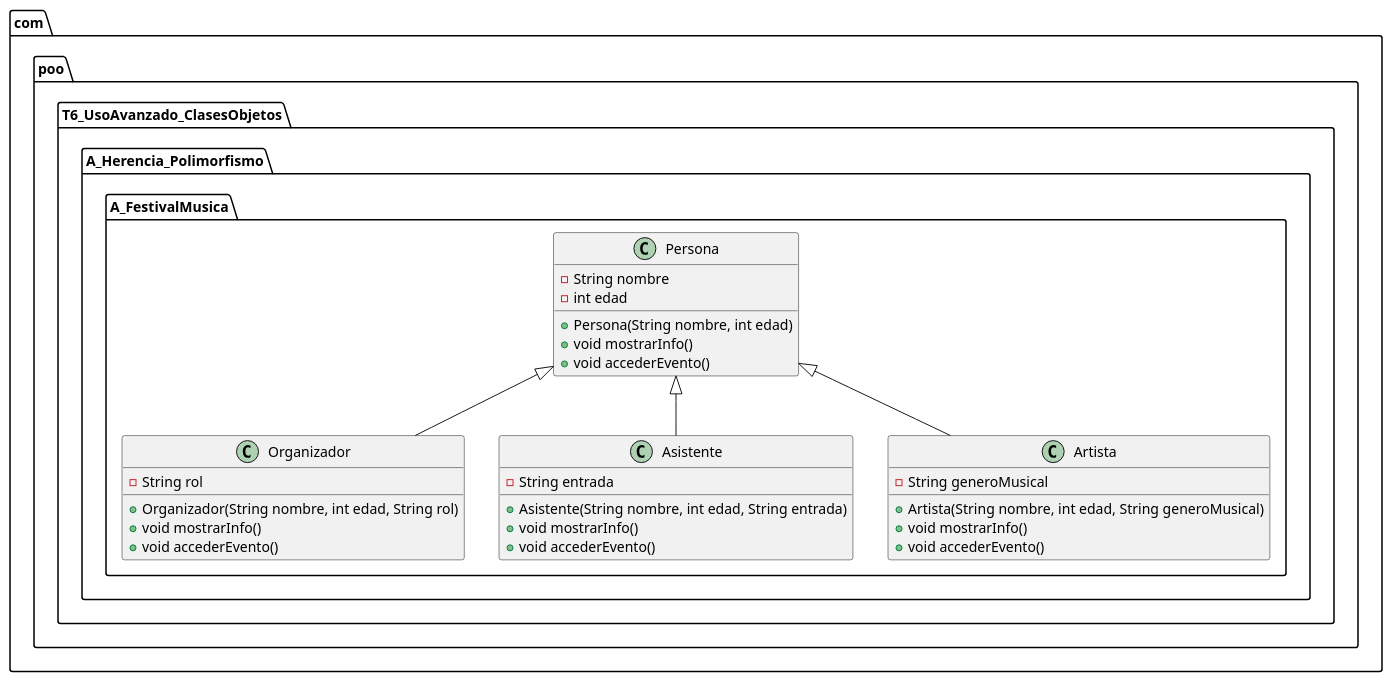
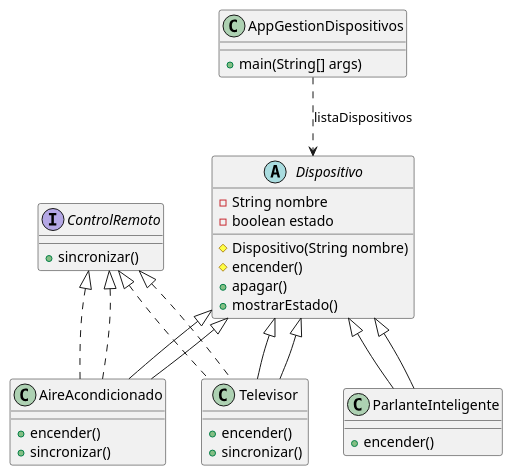
One commit to fustran/Ejercicios_Ivan_Poo changed the diagram in src/main/java/com/poo/T6_UsoAvanzado_ClasesObjetos/C_Interfaces/A_Dispositivos_Inteligentes/PlantUML/diagrama.puml. Above: the diagram before and after it, drawn with PlantUML. The commit also changed 1 other file, not shown here.

Commit message:
Dispositivos Inteligentes

```diff
--- a/src/main/java/com/poo/T6_UsoAvanzado_ClasesObjetos/C_Interfaces/A_Dispositivos_Inteligentes/PlantUML/diagrama.puml
+++ b/src/main/java/com/poo/T6_UsoAvanzado_ClasesObjetos/C_Interfaces/A_Dispositivos_Inteligentes/PlantUML/diagrama.puml
@@ -1,39 +1,41 @@
 @startuml
-
-package com.poo.T6_UsoAvanzado_ClasesObjetos.A_Herencia_Polimorfismo.A_FestivalMusica {
-
-    class Persona {
-        - String nombre
-        - int edad
-        + Persona(String nombre, int edad)
-        + void mostrarInfo()
-        + void accederEvento()
-    }
-
-    class Organizador {
-        - String rol
-        + Organizador(String nombre, int edad, String rol)
-        + void mostrarInfo()
-        + void accederEvento()
-    }
-
-    class Asistente {
-        - String entrada
-        + Asistente(String nombre, int edad, String entrada)
-        + void mostrarInfo()
-        + void accederEvento()
-    }
-
-    class Artista {
-        - String generoMusical
-        + Artista(String nombre, int edad, String generoMusical)
-        + void mostrarInfo()
-        + void accederEvento()
-    }
-
-    Persona <|-- Organizador
-    Persona <|-- Asistente
-    Persona <|-- Artista
+interface ControlRemoto {
+    +sincronizar()
 }
 
+abstract class Dispositivo {
+    - String nombre
+    - boolean estado
+    # Dispositivo(String nombre)
+    # encender()
+    + apagar()
+    + mostrarEstado()
+}
+
+class Televisor extends Dispositivo implements ControlRemoto {
+    + encender()
+    + sincronizar()
+}
+
+class ParlanteInteligente extends Dispositivo {
+    + encender()
+}
+
+class AireAcondicionado extends Dispositivo implements ControlRemoto {
+    + encender()
+    + sincronizar()
+}
+
+class AppGestionDispositivos {
+    + main(String[] args)
+}
+
+Dispositivo <|-- Televisor
+Dispositivo <|-- ParlanteInteligente
+Dispositivo <|-- AireAcondicionado
+
+ControlRemoto <|.. Televisor
+ControlRemoto <|.. AireAcondicionado
+
+AppGestionDispositivos ..> Dispositivo : "listaDispositivos"
 @enduml
```
